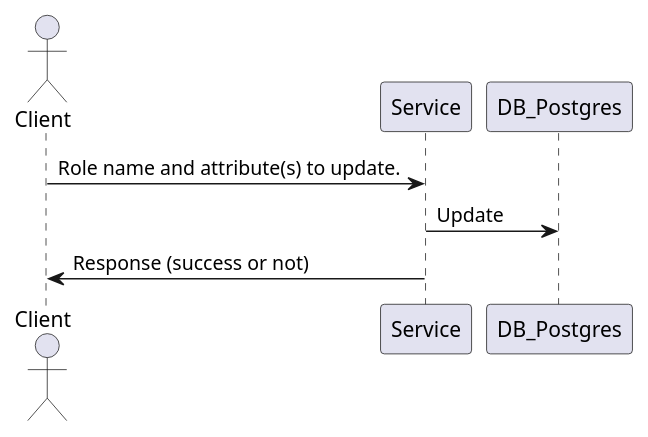
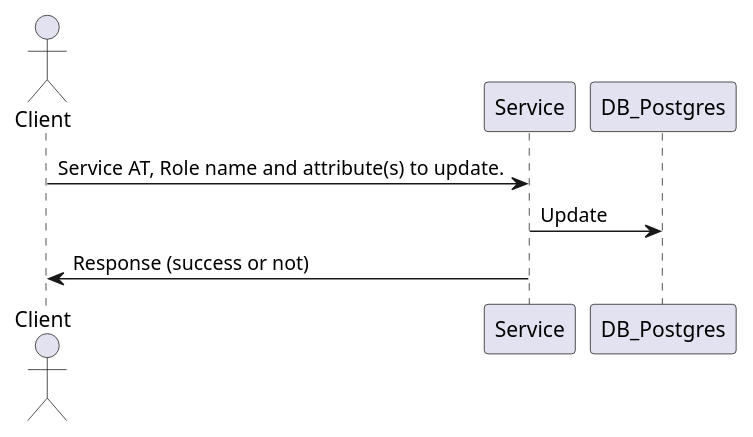
Before and after one commit to DeneesK/auth-service-flask: the diagram in doc/role_update.puml, drawn with PlantUML. The commit also changed 2 other files, not shown here.

```diff
--- a/doc/role_update.puml
+++ b/doc/role_update.puml
@@ -1,6 +1,6 @@
 @startuml
 actor Client
-Client -> Service: Role name and attribute(s) to update.
+Client -> Service: Service AT, Role name and attribute(s) to update.
 Service -> DB_Postgres: Update
 Service -> Client: Response (success or not)
 @enduml
```
